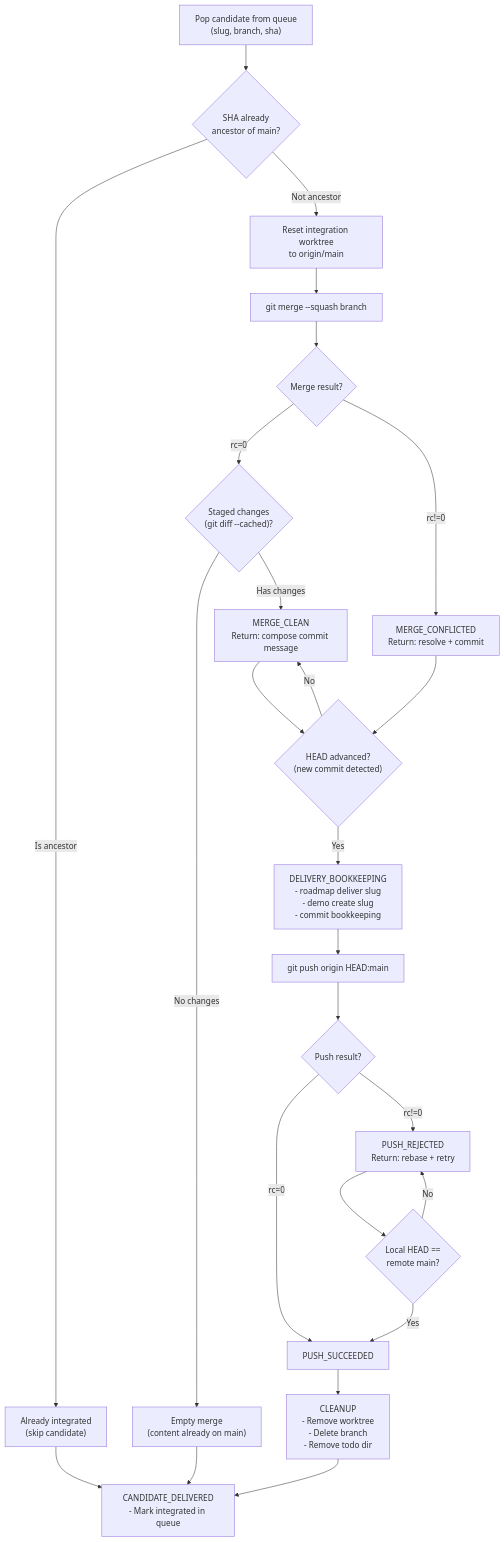
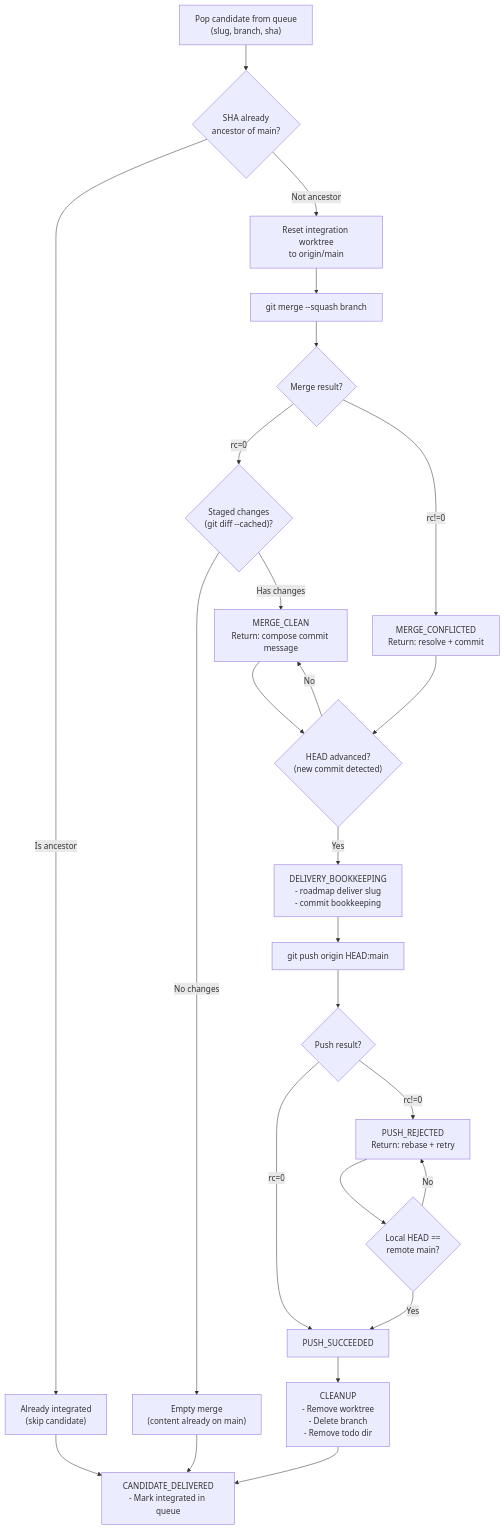
Before and after one commit to InstruktAI/TeleClaude: the second of 12 diagrams in docs/project/design/architecture/integration-state-machine.md, drawn with Mermaid. The commit also changed other lines of this file and 49 other files, not shown here.

````diff
--- a/docs/project/design/architecture/integration-state-machine.md
+++ b/docs/project/design/architecture/integration-state-machine.md
@@ -150,72 +150,72 @@
 ```mermaid
 flowchart TD
     Pop["Pop candidate from queue<br/>(slug, branch, sha)"]
 
     AncestryCheck{"SHA already<br/>ancestor of main?"}
 
     SetupWorktree["Reset integration worktree<br/>to origin/main"]
 
     SquashMerge["git merge --squash branch"]
 
     MergeResult{"Merge result?"}
 
     EmptyCheck{"Staged changes<br/>(git diff --cached)?"}
 
     CleanMerge["MERGE_CLEAN<br/>Return: compose commit message"]
     ConflictMerge["MERGE_CONFLICTED<br/>Return: resolve + commit"]
 
     CommitCheck{"HEAD advanced?<br/>(new commit detected)"}
 
-    Bookkeeping["DELIVERY_BOOKKEEPING<br/>- roadmap deliver slug<br/>- demo create slug<br/>- commit bookkeeping"]
+    Bookkeeping["DELIVERY_BOOKKEEPING<br/>- roadmap deliver slug<br/>- commit bookkeeping"]
 
     Push["git push origin HEAD:main"]
 
     PushResult{"Push result?"}
 
     PushOK["PUSH_SUCCEEDED"]
     PushFail["PUSH_REJECTED<br/>Return: rebase + retry"]
 
     RecoveryCheck{"Local HEAD ==<br/>remote main?"}
 
     DoCleanup["CLEANUP<br/>- Remove worktree<br/>- Delete branch<br/>- Remove todo dir"]
 
     Delivered["CANDIDATE_DELIVERED<br/>- Mark integrated in queue"]
 
     AlreadyMerged["Already integrated<br/>(skip candidate)"]
     EmptyMerge["Empty merge<br/>(content already on main)"]
 
     Pop --> AncestryCheck
     AncestryCheck -->|"Is ancestor"| AlreadyMerged
     AncestryCheck -->|"Not ancestor"| SetupWorktree
 
     SetupWorktree --> SquashMerge
     SquashMerge --> MergeResult
 
     MergeResult -->|"rc=0"| EmptyCheck
     MergeResult -->|"rc!=0"| ConflictMerge
 
     EmptyCheck -->|"No changes"| EmptyMerge
     EmptyCheck -->|"Has changes"| CleanMerge
 
     CleanMerge --> CommitCheck
     ConflictMerge --> CommitCheck
 
     CommitCheck -->|"Yes"| Bookkeeping
     CommitCheck -->|"No"| CleanMerge
 
     Bookkeeping --> Push
     Push --> PushResult
 
     PushResult -->|"rc=0"| PushOK
     PushResult -->|"rc!=0"| PushFail
 
     PushFail --> RecoveryCheck
     RecoveryCheck -->|"Yes"| PushOK
     RecoveryCheck -->|"No"| PushFail
 
     PushOK --> DoCleanup
     DoCleanup --> Delivered
 
     AlreadyMerged --> Delivered
     EmptyMerge --> Delivered
 ```
````
